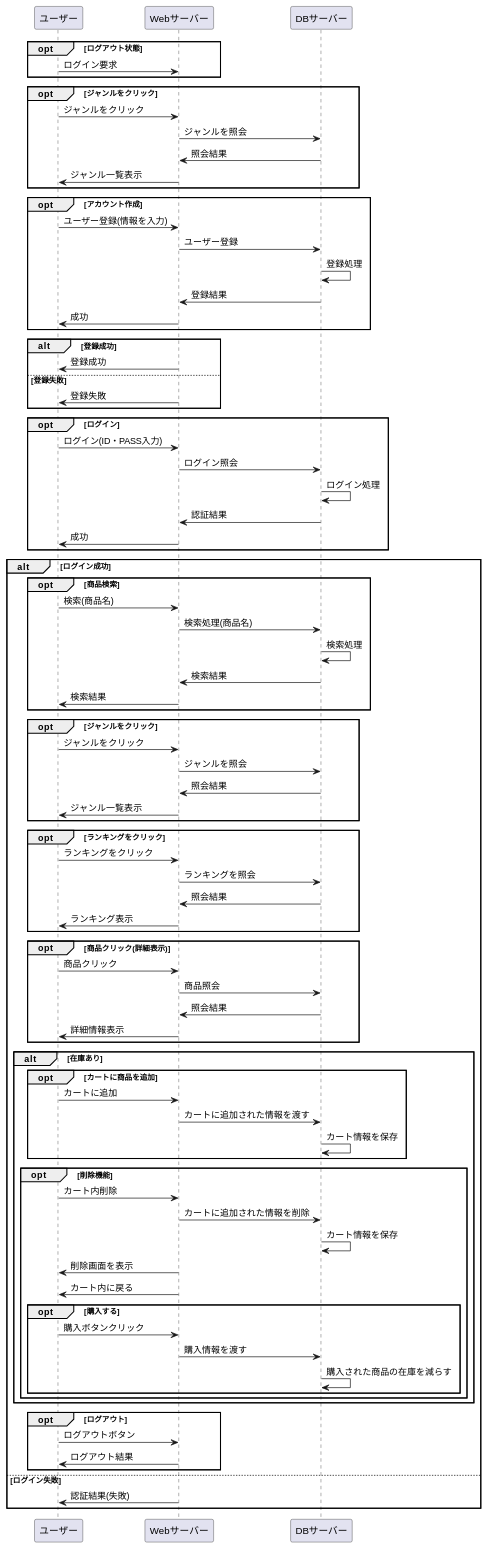
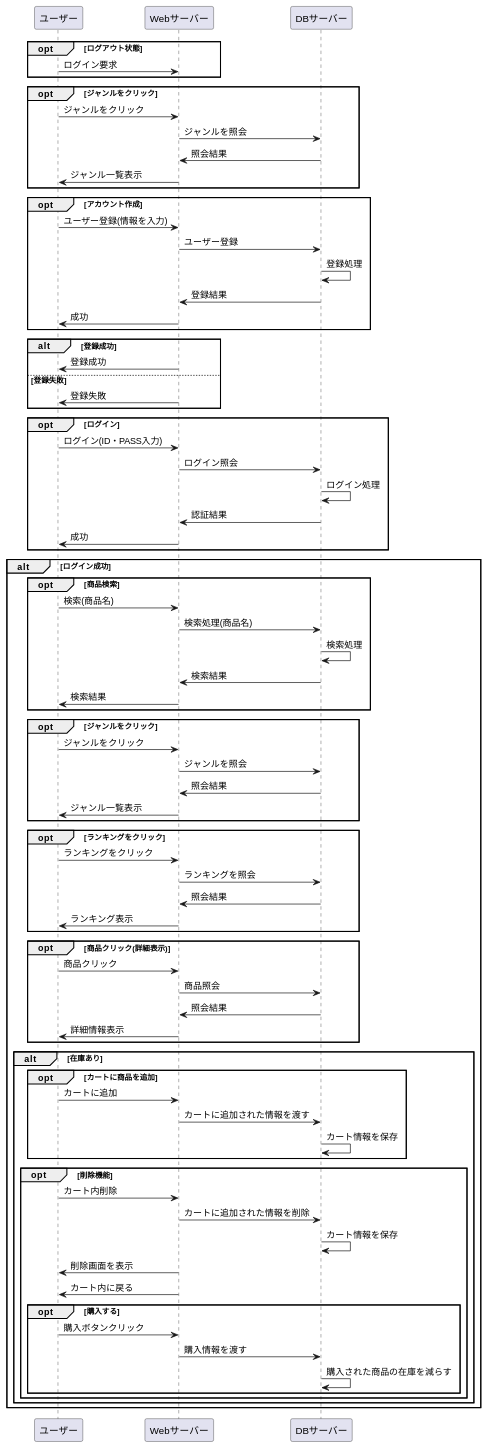
Before and after one commit to Aso2001154/2021sys-design: the diagram in stationary/業務フロー/ren.md, drawn with PlantUML.

```diff
--- a/stationary/業務フロー/ren.md
+++ b/stationary/業務フロー/ren.md
@@ -89,13 +89,6 @@
 end
 end
 
-opt ログアウト
-ユーザー -> Webサーバー : ログアウトボタン
-Webサーバー -> ユーザー: ログアウト結果
-end
-
-else ログイン失敗
-Webサーバー -> ユーザー : 認証結果(失敗)
 end
 
 
```
